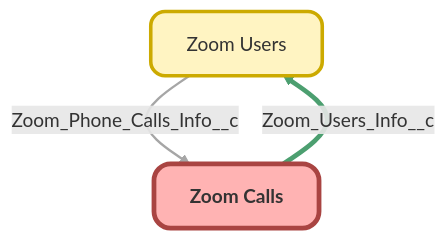
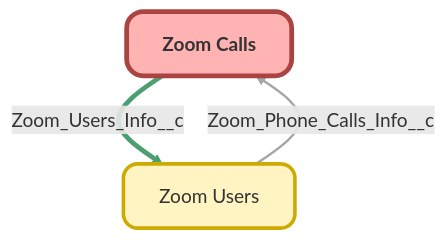
One commit to moechapa/ubiquity-org-monitoring changed the diagram in docs/objects/Zoom_Phone_Calls_Info__c.md. Above: the diagram before and after it, drawn with Mermaid. The commit also changed 1296 other files, not shown here.

````diff
--- a/docs/objects/Zoom_Phone_Calls_Info__c.md
+++ b/docs/objects/Zoom_Phone_Calls_Info__c.md
@@ -12,18 +12,18 @@
 ```mermaid
 graph TD
+Zoom_Phone_Calls_Info__c["Zoom Calls"]:::mainObject
+click Zoom_Phone_Calls_Info__c "/objects/Zoom_Phone_Calls_Info__c/"
 Zoom_Users_Info__c["Zoom Users"]:::customObject
 click Zoom_Users_Info__c "/objects/Zoom_Users_Info__c/"
-Zoom_Phone_Calls_Info__c["Zoom Calls"]:::mainObject
-click Zoom_Phone_Calls_Info__c "/objects/Zoom_Phone_Calls_Info__c/"
 
+Zoom_Phone_Calls_Info__c ==>|Zoom_Users_Info__c| Zoom_Users_Info__c
 Zoom_Users_Info__c -->|Zoom_Phone_Calls_Info__c| Zoom_Phone_Calls_Info__c
-Zoom_Phone_Calls_Info__c ==>|Zoom_Users_Info__c| Zoom_Users_Info__c
 
 classDef object fill:#D6E9FF,stroke:#0070D2,stroke-width:3px,rx:12px,ry:12px,shadow:drop,color:#333;
 classDef customObject fill:#FFF4C2,stroke:#CCAA00,stroke-width:3px,rx:12px,ry:12px,shadow:drop,color:#333;
 classDef customObjectManaged fill:#FFD8B2,stroke:#CC5500,stroke-width:3px,rx:12px,ry:12px,shadow:drop,color:#333;
 classDef mainObject fill:#FFB3B3,stroke:#A94442,stroke-width:4px,rx:14px,ry:14px,shadow:drop,color:#333,font-weight:bold;
-linkStyle 1 stroke:#4C9F70,stroke-width:4px;
-linkStyle 0 stroke:#A6A6A6,stroke-width:2px;
+linkStyle 0 stroke:#4C9F70,stroke-width:4px;
+linkStyle 1 stroke:#A6A6A6,stroke-width:2px;
 
 ```
````
